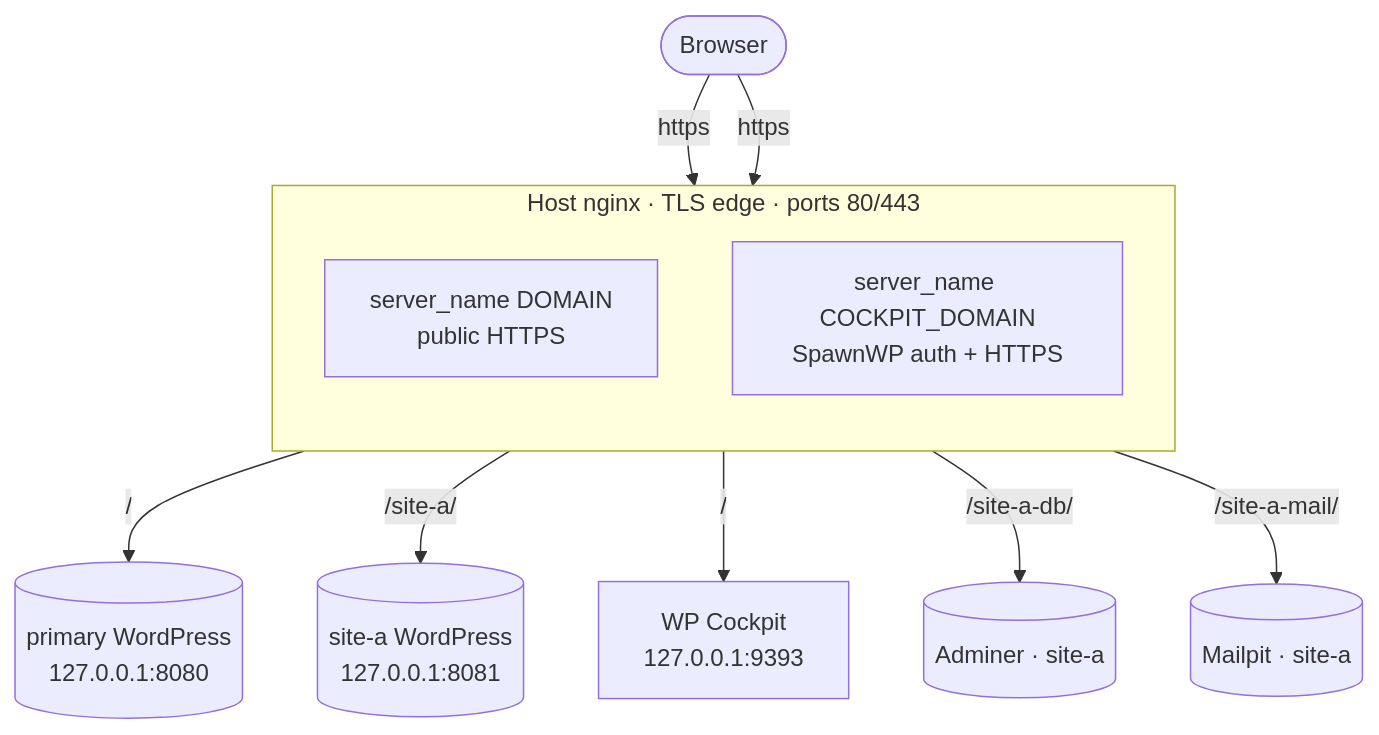
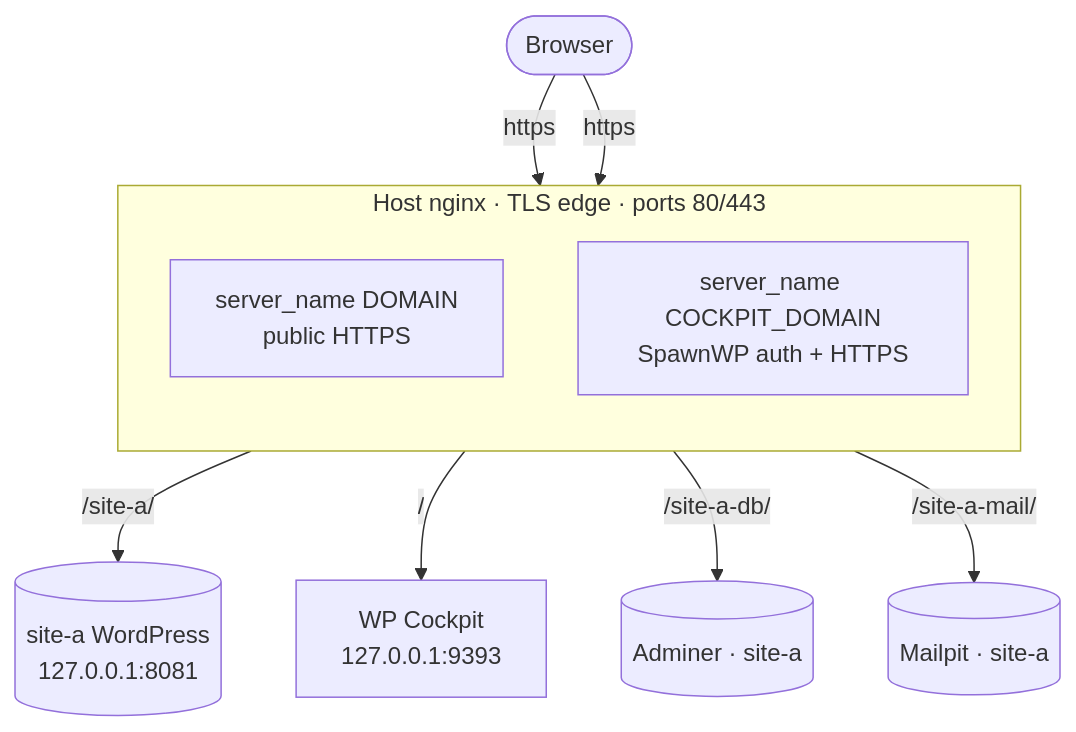
One commit to tts-empire/spawnwp changed the first of 2 diagrams in docs/architecture.md. Above: the diagram before and after it, drawn with Mermaid. The commit also changed other lines of this file and 15 other files, not shown here.

````diff
--- a/docs/architecture.md
+++ b/docs/architecture.md
@@ -12,18 +12,17 @@
 ```mermaid
 flowchart TB
     user([Browser])
     subgraph edge[Host nginx · TLS edge · ports 80/443]
         direction TB
         develVH[server_name DOMAIN<br/>public HTTPS]
         cockpitVH[server_name COCKPIT_DOMAIN<br/>SpawnWP auth + HTTPS]
     end
     user -->|https| develVH
     user -->|https| cockpitVH
 
-    develVH -->|/| primary[(primary WordPress<br/>127.0.0.1:8080)]
     develVH -->|/site-a/| siteA[(site-a WordPress<br/>127.0.0.1:8081)]
 
     cockpitVH -->|/| cockpit[WP Cockpit<br/>127.0.0.1:9393]
     cockpitVH -->|/site-a-db/| adminer[(Adminer · site-a)]
     cockpitVH -->|/site-a-mail/| mailpit[(Mailpit · site-a)]
 ```
````
